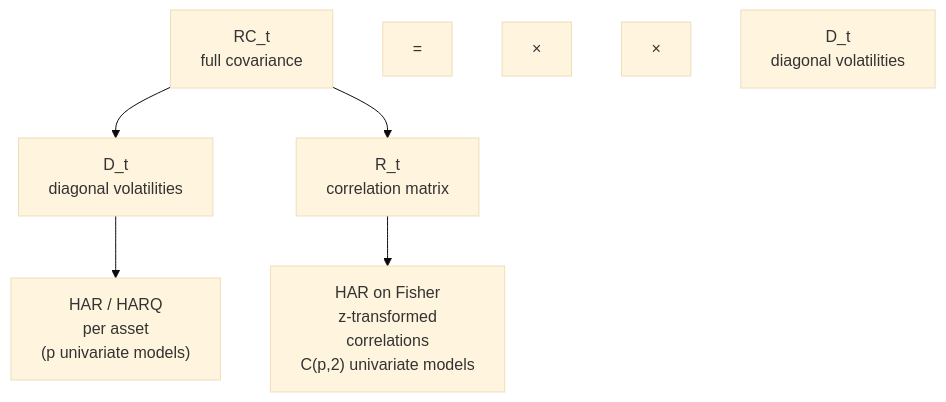
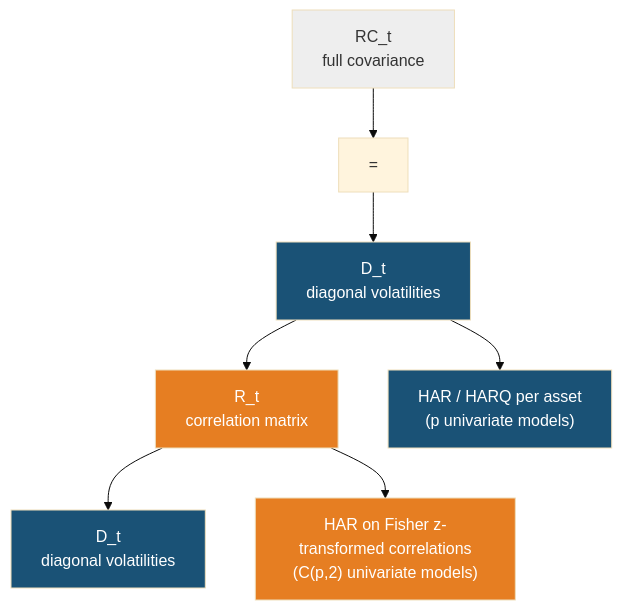
The fourth of 7 diagrams in vol-learning-guide/markdown/ch14-multivariate-volatility.md (xRyann2255/ML-GS), drawn with Mermaid (base theme) before and after one commit. The commit also changed other lines of this file and 10 other files, not shown here.

Commit message:
docs(vol-guide): regenerate markdown mirrors after diagram audit (ch10 taxonomy + ch03 decision-tree semantic; 9 re-layout refreshes)

````diff
--- a/vol-learning-guide/markdown/ch14-multivariate-volatility.md
+++ b/vol-learning-guide/markdown/ch14-multivariate-volatility.md
@@ -375,18 +247,15 @@
 ```mermaid
 flowchart TD
-    RC["RC_t\nfull covariance"]
-    EQ["="]
-    D1["D_t\ndiagonal volatilities"]
-    T1["×"]
-    R["R_t\ncorrelation matrix"]
-    T2["×"]
-    D2["D_t\ndiagonal volatilities"]
-
-    HAR["HAR / HARQ\nper asset\n(p univariate models)"]
-    HARC["HAR on Fisher\nz-transformed\ncorrelations\nC(p,2) univariate models"]
-
-    RC --> D1
-    RC --> R
-    D1 --> HAR
-    R --> HARC
+    rc["RC_t<br/>full covariance"] --> eq["="]
+    eq --> d1["D_t<br/>diagonal volatilities"]
+    d1 --> r["R_t<br/>correlation matrix"]
+    r --> d2["D_t<br/>diagonal volatilities"]
+    d1 --> har["HAR / HARQ per asset<br/>(p univariate models)"]
+    r --> harcorr["HAR on Fisher z-transformed correlations<br/>(C(p,2) univariate models)"]
+    style rc fill:#eeeeee
+    style d1 fill:#1a5276,color:#fff
+    style d2 fill:#1a5276,color:#fff
+    style r fill:#e67e22,color:#fff
+    style har fill:#1a5276,color:#fff
+    style harcorr fill:#e67e22,color:#fff
 ```
````
